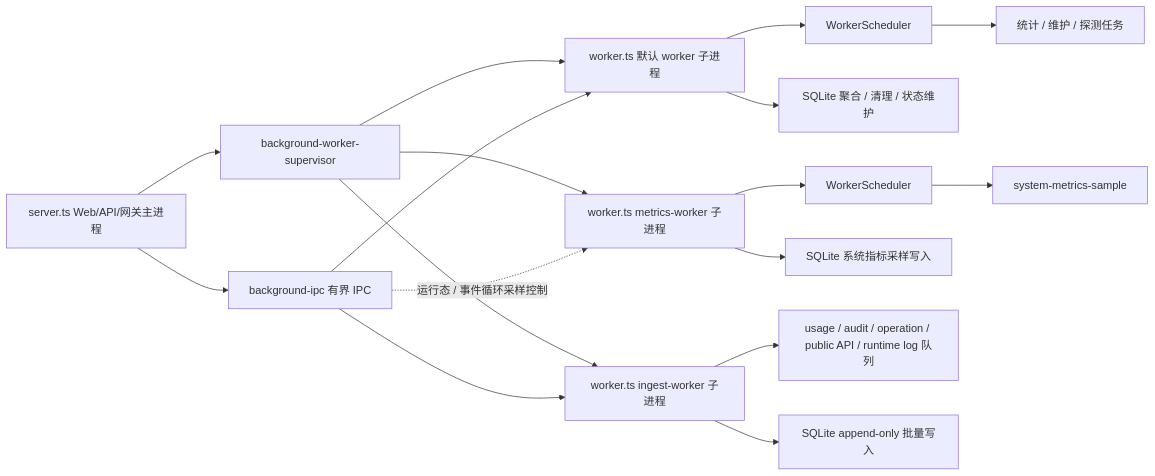
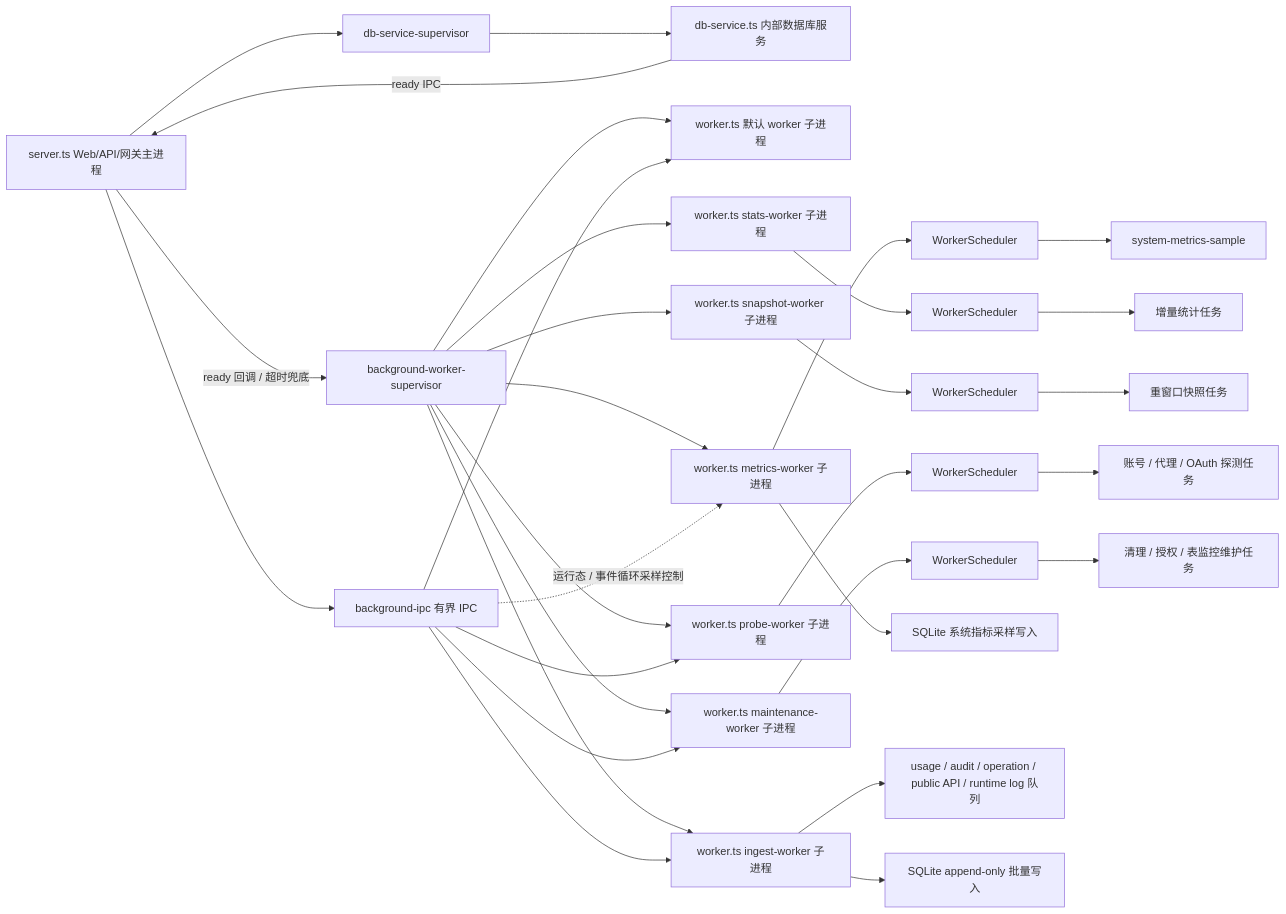
The diagram in docs/architecture/backend/后台任务使用说明.md (huanmin123/juhe-ai), drawn with Mermaid before and after one commit. The commit also changed other lines of this file and 147 other files, not shown here.

````diff
--- a/docs/architecture/backend/后台任务使用说明.md
+++ b/docs/architecture/backend/后台任务使用说明.md
@@ -19,19 +21,33 @@
 ```mermaid
 flowchart LR
-  Server["server.ts Web/API/网关主进程"] --> Supervisor["background-worker-supervisor"]
+  Server["server.ts Web/API/网关主进程"] -- "ready 回调 / 超时兜底" --> Supervisor["background-worker-supervisor"]
+  Server --> DbServiceSupervisor["db-service-supervisor"]
+  DbServiceSupervisor --> DbService["db-service.ts 内部数据库服务"]
+  DbService -- "ready IPC" --> Server
   Supervisor --> Worker["worker.ts 默认 worker 子进程"]
   Supervisor --> MetricsWorker["worker.ts metrics-worker 子进程"]
   Supervisor --> IngestWorker["worker.ts ingest-worker 子进程"]
+  Supervisor --> StatsWorker["worker.ts stats-worker 子进程"]
+  Supervisor --> SnapshotWorker["worker.ts snapshot-worker 子进程"]
+  Supervisor --> ProbeWorker["worker.ts probe-worker 子进程"]
+  Supervisor --> MaintenanceWorker["worker.ts maintenance-worker 子进程"]
   Server --> IPC["background-ipc 有界 IPC"]
   IPC --> Worker
   IPC --> IngestWorker
+  IPC --> ProbeWorker
+  IPC --> MaintenanceWorker
   IPC -. "运行态 / 事件循环采样控制" .-> MetricsWorker
-  Worker --> Scheduler["WorkerScheduler"]
-  Scheduler --> Jobs["统计 / 维护 / 探测任务"]
-  Worker --> SQLite["SQLite 聚合 / 清理 / 状态维护"]
+  StatsWorker --> StatsScheduler["WorkerScheduler"]
+  StatsScheduler --> StatsJobs["增量统计任务"]
+  SnapshotWorker --> SnapshotScheduler["WorkerScheduler"]
+  SnapshotScheduler --> SnapshotJobs["重窗口快照任务"]
+  ProbeWorker --> ProbeScheduler["WorkerScheduler"]
+  ProbeScheduler --> ProbeJobs["账号 / 代理 / OAuth 探测任务"]
+  MaintenanceWorker --> MaintenanceScheduler["WorkerScheduler"]
+  MaintenanceScheduler --> MaintenanceJobs["清理 / 授权 / 表监控维护任务"]
   MetricsWorker --> MetricsScheduler["WorkerScheduler"]
   MetricsScheduler --> MetricsJob["system-metrics-sample"]
   MetricsWorker --> MetricsSQLite["SQLite 系统指标采样写入"]
   IngestWorker --> IngestQueues["usage / audit / operation / public API / runtime log 队列"]
   IngestWorker --> DatasetSQLite["SQLite append-only 批量写入"]
 ```
````
